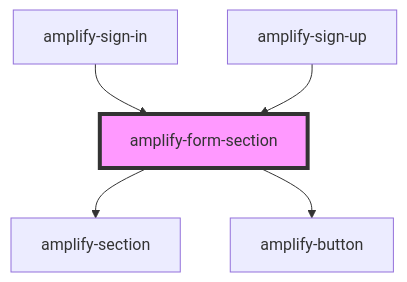
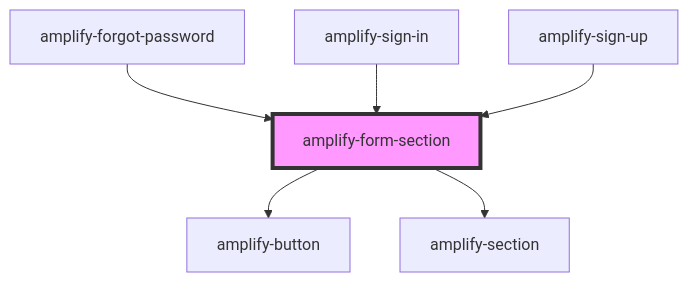
One commit to aws-amplify/amplify-js changed the diagram in packages/amplify-ui-components/src/components/amplify-form-section/readme.md. Above: the diagram before and after it, drawn with Mermaid. The commit also changed other lines of this file and 41 other files, not shown here.

First line of the commit message:
feat:(@aws-amplify/ui-components) amplify-forgot-password component (#4238)

````diff
--- a/packages/amplify-ui-components/src/components/amplify-form-section/readme.md
+++ b/packages/amplify-ui-components/src/components/amplify-form-section/readme.md
@@ -31,8 +34,9 @@
 ```mermaid
 graph TD;
+  amplify-form-section --> amplify-button
   amplify-form-section --> amplify-section
-  amplify-form-section --> amplify-button
+  amplify-forgot-password --> amplify-form-section
   amplify-sign-in --> amplify-form-section
   amplify-sign-up --> amplify-form-section
   style amplify-form-section fill:#f9f,stroke:#333,stroke-width:4px
 ```
````
